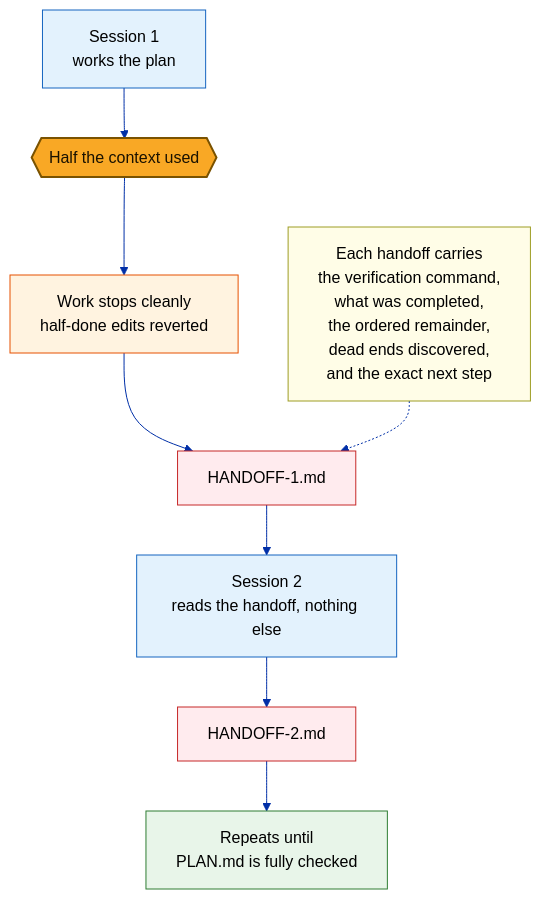
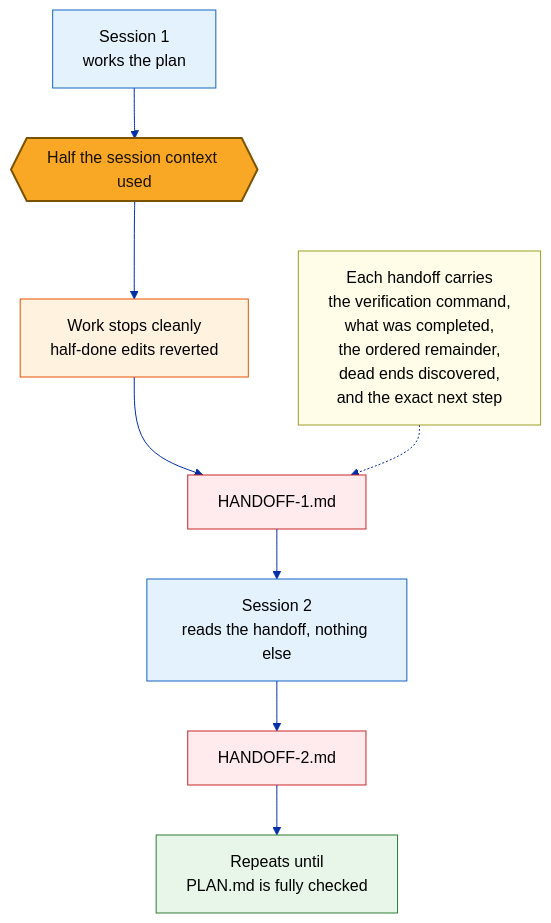
Before and after one commit to mmentzerhernandez/global_experience: the diagram in diagrams/op-waterfall.mmd, drawn with Mermaid. The commit also changed 4 other files, not shown here.

First line of the commit message:
content: left-align operating diagram labels, add plans lifecycle section

```diff
--- a/diagrams/op-waterfall.mmd
+++ b/diagrams/op-waterfall.mmd
@@ -1,31 +1,31 @@
 ---
 config:
   theme: base
   themeVariables:
     primaryColor: "#f0f3ff"
     primaryBorderColor: "#002fa7"
     primaryTextColor: "#2c3e50"
     lineColor: "#002fa7"
     fontFamily: "-apple-system,BlinkMacSystemFont,Segoe UI,Roboto,sans-serif"
 ---
 flowchart TD
     S1["Session 1<br/>works the plan"]:::access
-    HALF{{"Half the context used"}}:::gate
+    HALF{{"Half the session context used"}}:::gate
     STOP["Work stops cleanly<br/>half-done edits reverted"]:::enforce
     H1["HANDOFF-1.md"]:::report
     S2["Session 2<br/>reads the handoff, nothing else"]:::access
     H2["HANDOFF-2.md"]:::report
     SN["Repeats until<br/>PLAN.md is fully checked"]:::course
 
     CONTENTS["Each handoff carries<br/>the verification command,<br/>what was completed,<br/>the ordered remainder,<br/>dead ends discovered,<br/>and the exact next step"]:::note
 
     S1 --> HALF --> STOP --> H1 --> S2
     S2 --> H2 --> SN
     CONTENTS -.-> H1
 
     classDef access fill:#E3F2FD,stroke:#1565C0,color:#000000
     classDef course fill:#E8F5E9,stroke:#2E7D32,color:#000000
     classDef enforce fill:#FFF3E0,stroke:#E65100,color:#000000
     classDef report fill:#FFEBEE,stroke:#C62828,color:#000000
     classDef gate fill:#F9A825,stroke:#7A5200,color:#1A1200,stroke-width:2px
     classDef note fill:#FFFDE7,stroke:#9E9D24,color:#000000
```
